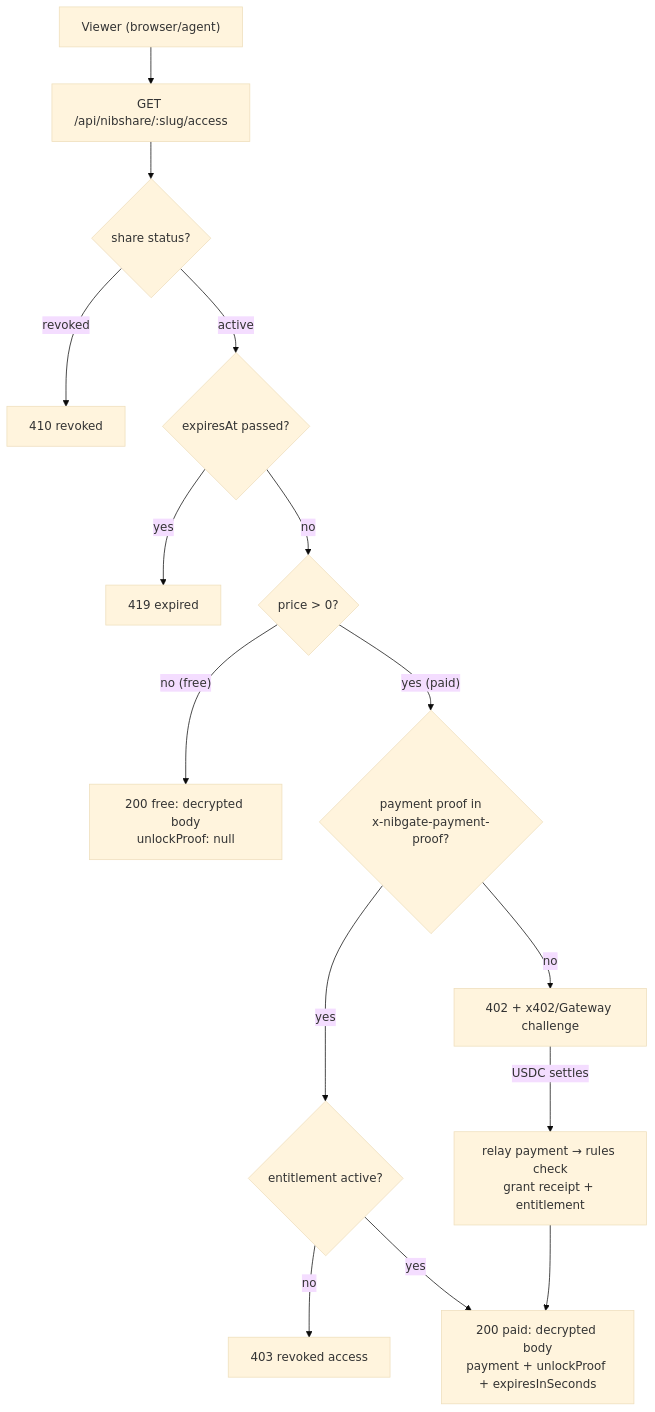
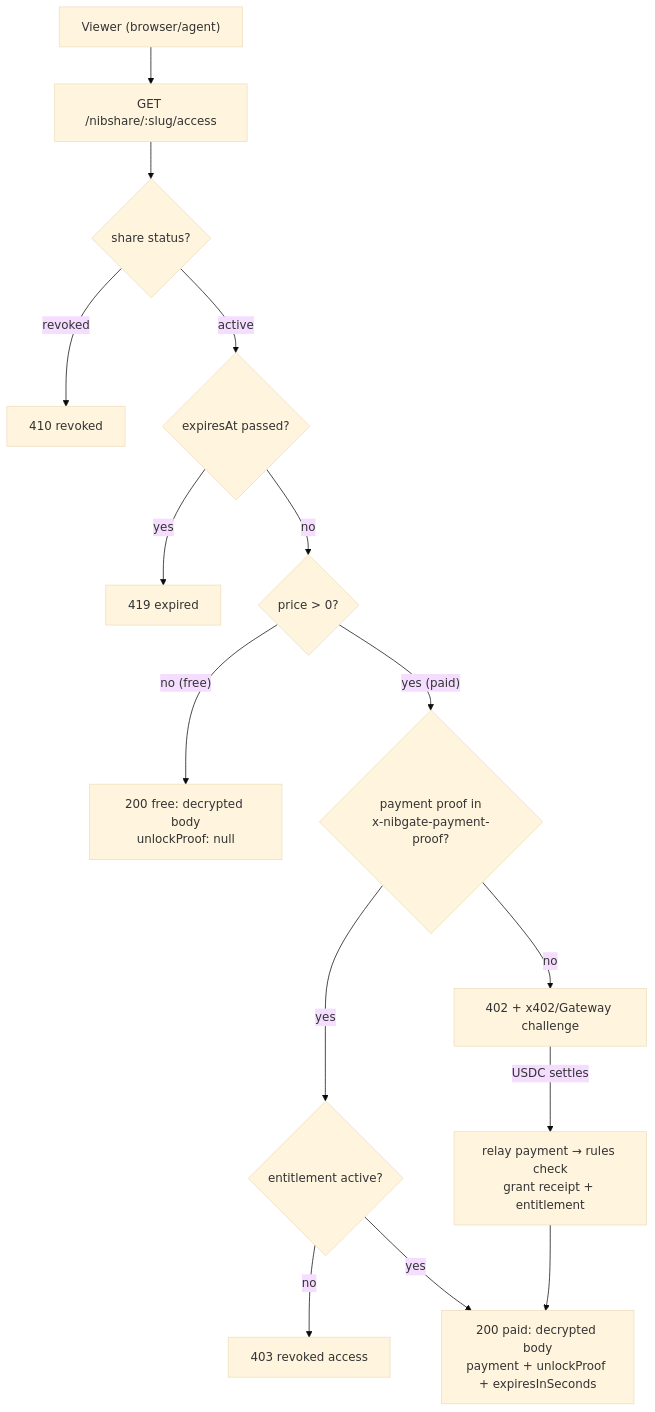
The third of 6 diagrams in docs/src/app/nibshare/page.mdx (fortunesayspump/nibgate), drawn with Mermaid (base theme) before and after one commit. The commit also changed other lines of this file and 55 other files, not shown here.

````diff
--- a/docs/src/app/nibshare/page.mdx
+++ b/docs/src/app/nibshare/page.mdx
@@ -122,30 +122,30 @@
 ```mermaid
 flowchart TD
     V["Viewer (browser/agent)"]
-    A["GET /api/nibshare/:slug/access"]
+    A["GET /nibshare/:slug/access"]
     S{"share status?"}
     R["410 revoked"]
     E{"expiresAt passed?"}
     X["419 expired"]
     F{"price > 0?"}
     FR["200 free: decrypted body<br/>unlockProof: null"]
     PR{"payment proof in<br/>x-nibgate-payment-proof?"}
     PR2{"entitlement active?"}
     REV["403 revoked access"]
     G["402 + x402/Gateway challenge"]
     PAY["relay payment → rules check<br/>grant receipt + entitlement"]
     OK["200 paid: decrypted body<br/>payment + unlockProof + expiresInSeconds"]
 
     V --> A --> S
     S -- revoked --> R
     S -- active --> E
     E -- yes --> X
     E -- no --> F
     F -- no (free) --> FR
     F -- yes (paid) --> PR
     PR -- yes --> PR2
     PR2 -- no --> REV
     PR2 -- yes --> OK
     PR -- no --> G
     G -->|"USDC settles"| PAY --> OK
 ```
````
